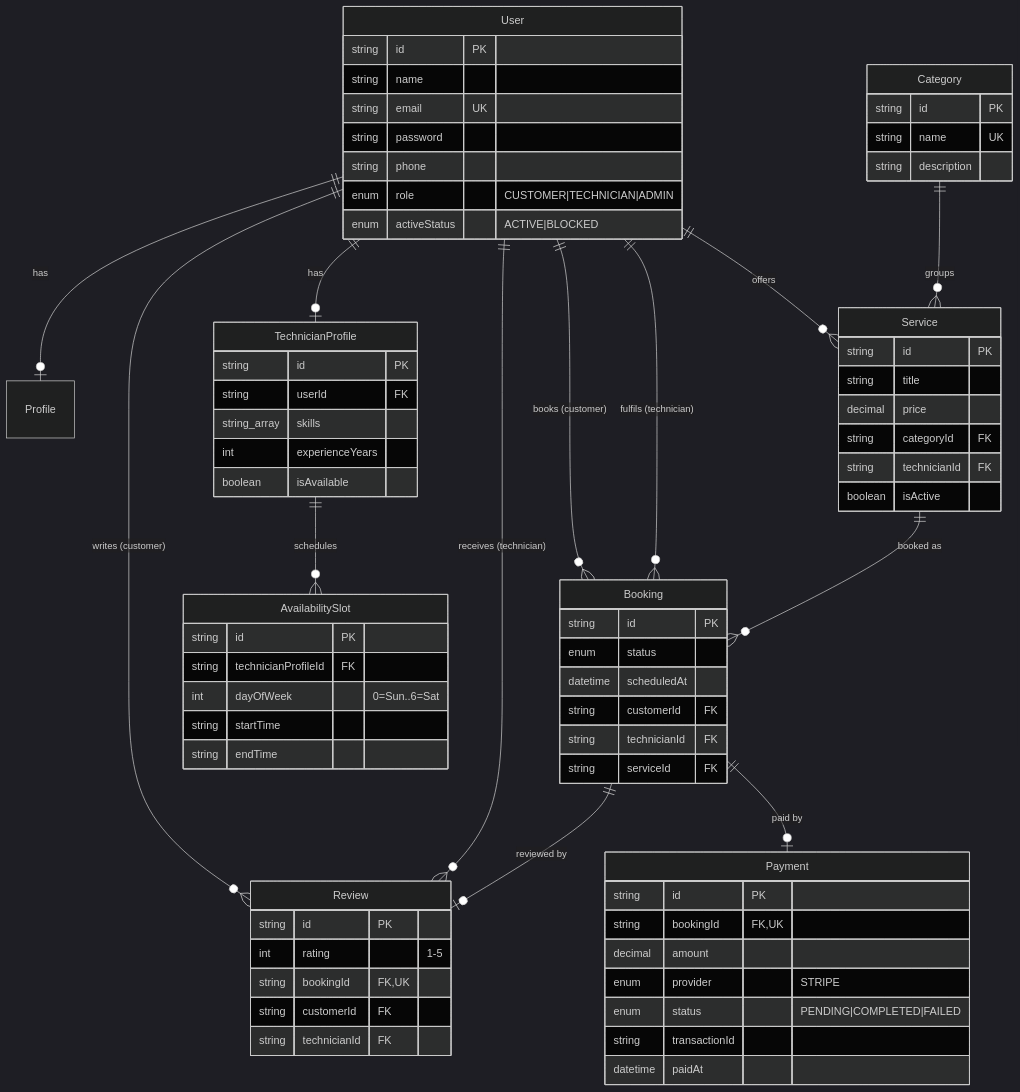
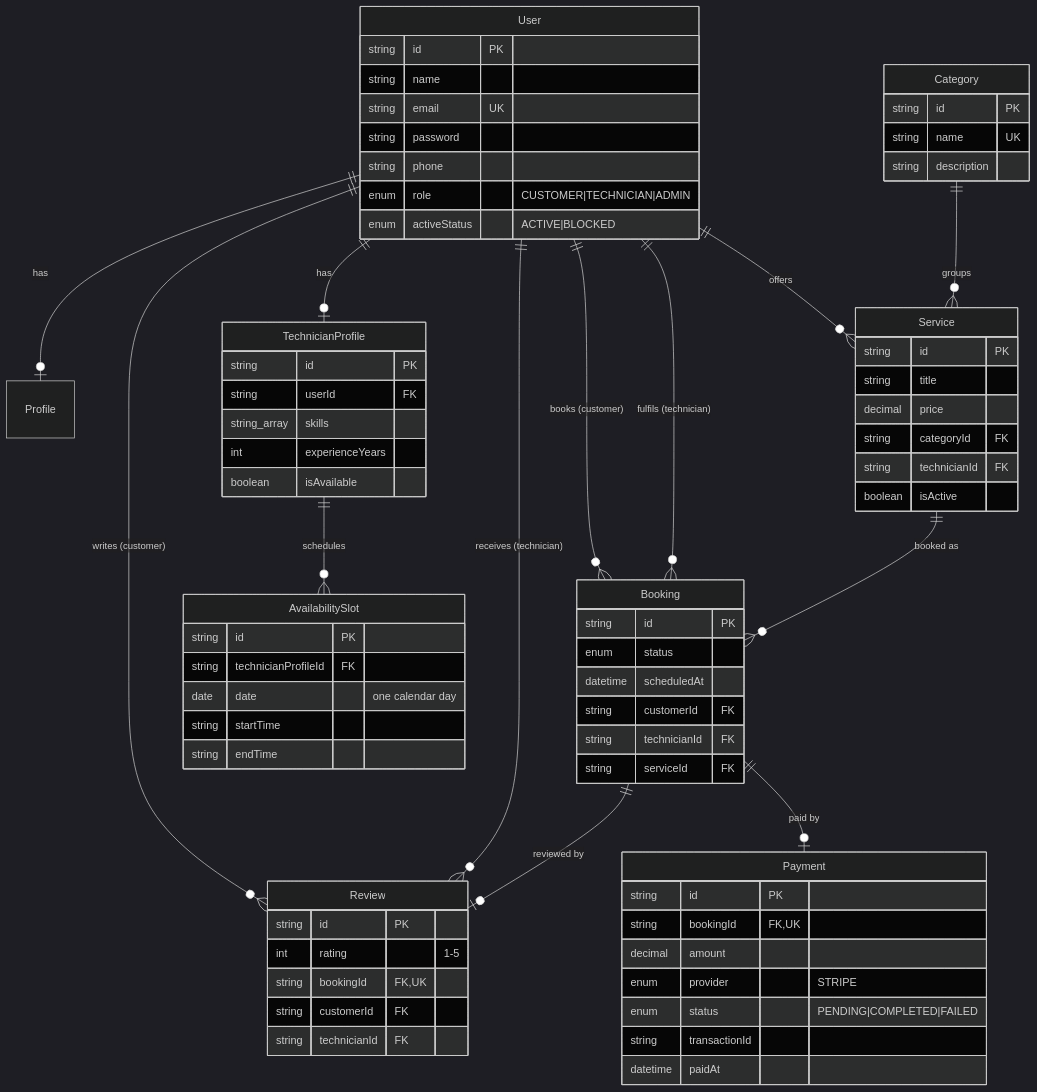
The first of 5 diagrams in README.md (Shakil-Ahmmed8882/fix-mate), drawn with Mermaid (dark theme) before and after one commit. The commit also changed other lines of this file and 4 other files, not shown here.

````diff
--- a/README.md
+++ b/README.md
@@ -234,76 +235,76 @@
 ```mermaid
 erDiagram
     User ||--o| Profile : has
     User ||--o| TechnicianProfile : has
     User ||--o{ Service : offers
     User ||--o{ Booking : "books (customer)"
     User ||--o{ Booking : "fulfils (technician)"
     User ||--o{ Review : "writes (customer)"
     User ||--o{ Review : "receives (technician)"
     TechnicianProfile ||--o{ AvailabilitySlot : schedules
     Category ||--o{ Service : groups
     Service ||--o{ Booking : "booked as"
     Booking ||--o| Payment : "paid by"
     Booking ||--o| Review : "reviewed by"
 
     User {
         string id PK
         string name
         string email UK
         string password
         string phone
         enum role "CUSTOMER|TECHNICIAN|ADMIN"
         enum activeStatus "ACTIVE|BLOCKED"
     }
     TechnicianProfile {
         string id PK
         string userId FK
         string_array skills
         int experienceYears
         boolean isAvailable
     }
     AvailabilitySlot {
         string id PK
         string technicianProfileId FK
-        int dayOfWeek "0=Sun..6=Sat"
+        date date "one calendar day"
         string startTime
         string endTime
     }
     Category {
         string id PK
         string name UK
         string description
     }
     Service {
         string id PK
         string title
         decimal price
         string categoryId FK
         string technicianId FK
         boolean isActive
     }
     Booking {
         string id PK
         enum status
         datetime scheduledAt
         string customerId FK
         string technicianId FK
         string serviceId FK
     }
     Payment {
         string id PK
         string bookingId FK,UK
         decimal amount
         enum provider "STRIPE"
         enum status "PENDING|COMPLETED|FAILED"
         string transactionId
         datetime paidAt
     }
     Review {
         string id PK
         int rating "1-5"
         string bookingId FK,UK
         string customerId FK
         string technicianId FK
     }
 ```
````
